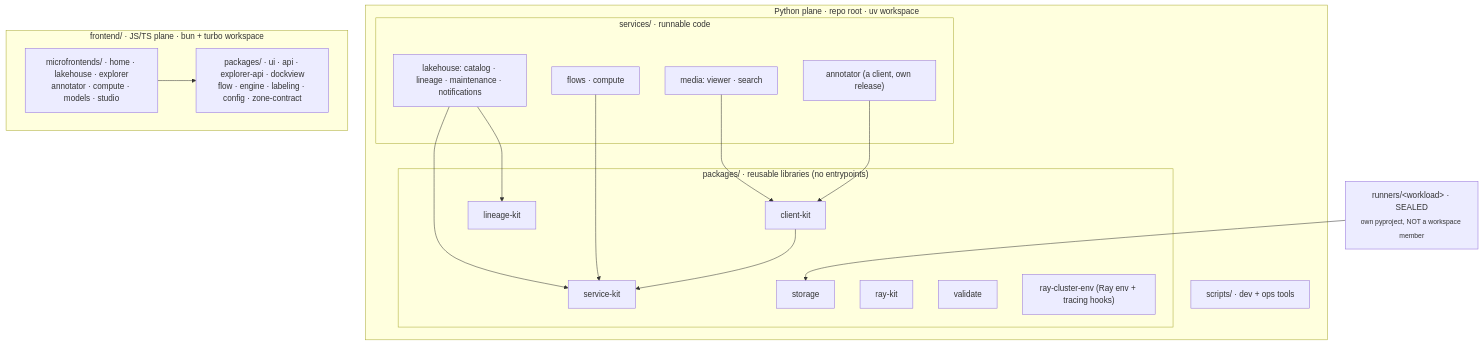
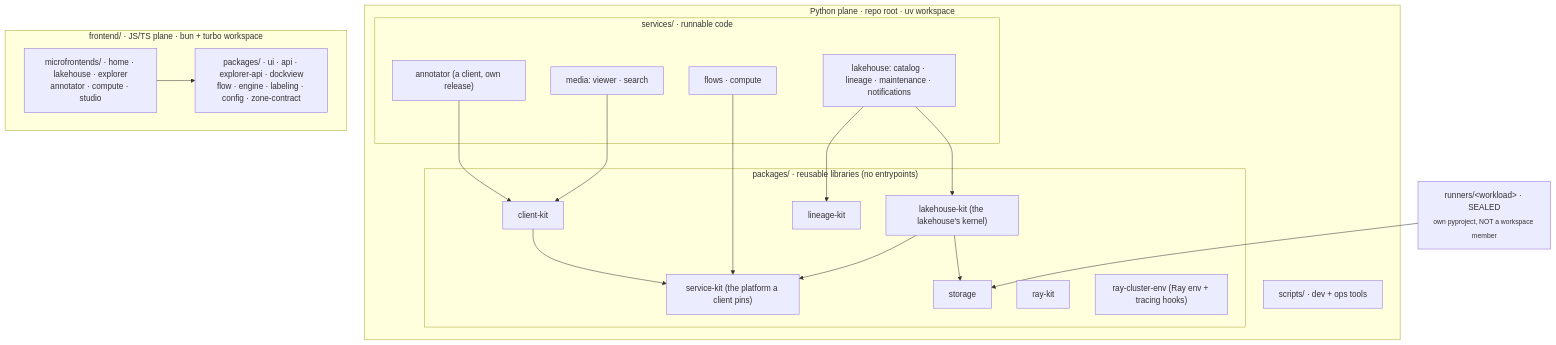
Before and after one commit to AI-Riksarkivet/rask: the diagram in docs/architecture/layout.md, drawn with Mermaid. The commit also changed other lines of this file and 642 other files, not shown here.

````diff
--- a/docs/architecture/layout.md
+++ b/docs/architecture/layout.md
@@ -10,33 +10,35 @@
 ```mermaid
 flowchart TD
     subgraph py["Python plane · repo root · uv workspace"]
         subgraph services["services/ · runnable code"]
             lake["lakehouse: catalog · lineage · maintenance · notifications"]
             fleet["flows · compute"]
             media["media: viewer · search"]
             annot["annotator (a client, own release)"]
         end
         subgraph packages["packages/ · reusable libraries (no entrypoints)"]
-            psk["service-kit"]
+            psk["service-kit (the platform a client pins)"]
+            phk["lakehouse-kit (the lakehouse's kernel)"]
             pck["client-kit"]
             plk["lineage-kit"]
             pst["storage"]
             prk["ray-kit"]
-            ptv["validate"]
             prc["ray-cluster-env (Ray env + tracing hooks)"]
         end
         cx["scripts/ · dev + ops tools"]
     end
     subgraph js["frontend/ · JS/TS plane · bun + turbo workspace"]
-        mf["microfrontends/ · home · lakehouse · explorer<br/>annotator · compute · models · studio"]
+        mf["microfrontends/ · home · lakehouse · explorer<br/>annotator · compute · studio"]
         fpk["packages/ · ui · api · explorer-api · dockview<br/>flow · engine · labeling · config · zone-contract"]
     end
     rn["runners/&lt;workload&gt; · SEALED<br/><sub>own pyproject, NOT a workspace member</sub>"] --> pst
-    lake --> psk
+    lake --> phk
     lake --> plk
+    phk --> psk
+    phk --> pst
     fleet --> psk
     media --> pck
     annot --> pck
     pck --> psk
     mf --> fpk
 ```
````
